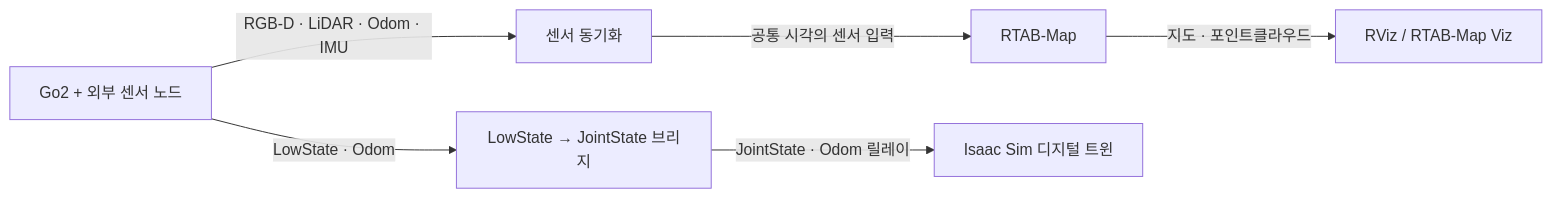
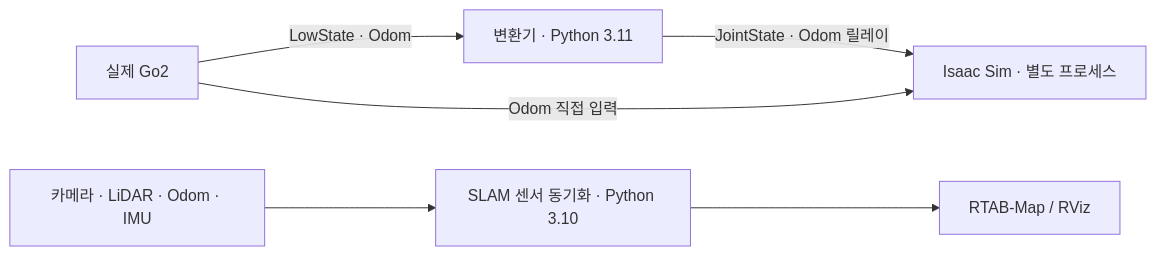
The diagram in README.md (semin-Gwon/isaac_ws), drawn with Mermaid before and after one commit. The commit also changed other lines of this file and 22 other files, not shown here.

````diff
--- a/README.md
+++ b/README.md
@@ -30,15 +201,15 @@
 ```mermaid
 flowchart LR
-    robot["Go2 + 외부 센서 노드"]
-    sync["센서 동기화"]
-    slam["RTAB-Map"]
-    rviz["RViz / RTAB-Map Viz"]
-    bridge["LowState → JointState 브리지"]
-    twin["Isaac Sim 디지털 트윈"]
+    robot["실제 Go2"]
+    bridge["변환기 · Python 3.11"]
+    twin["Isaac Sim · 별도 프로세스"]
+    sensors["카메라 · LiDAR · Odom · IMU"]
+    sync["SLAM 센서 동기화 · Python 3.10"]
+    slam["RTAB-Map / RViz"]
 
-    robot -->|RGB-D · LiDAR · Odom · IMU| sync
-    sync -->|공통 시각의 센서 입력| slam
-    slam -->|지도 · 포인트클라우드| rviz
     robot -->|LowState · Odom| bridge
     bridge -->|JointState · Odom 릴레이| twin
+    robot -->|Odom 직접 입력| twin
+    sensors --> sync
+    sync --> slam
 ```
````
